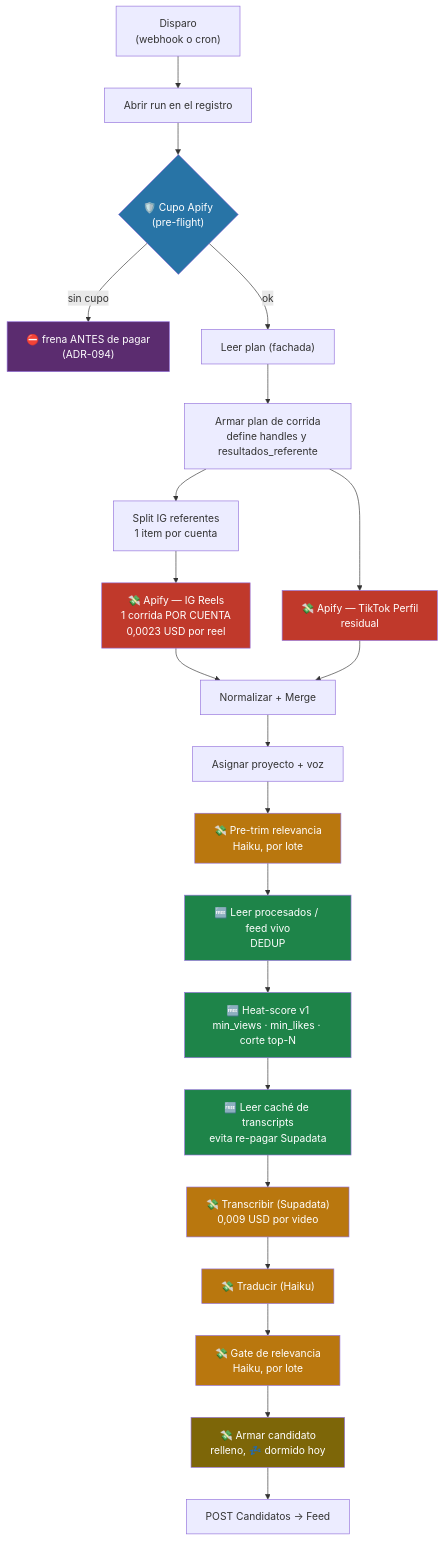
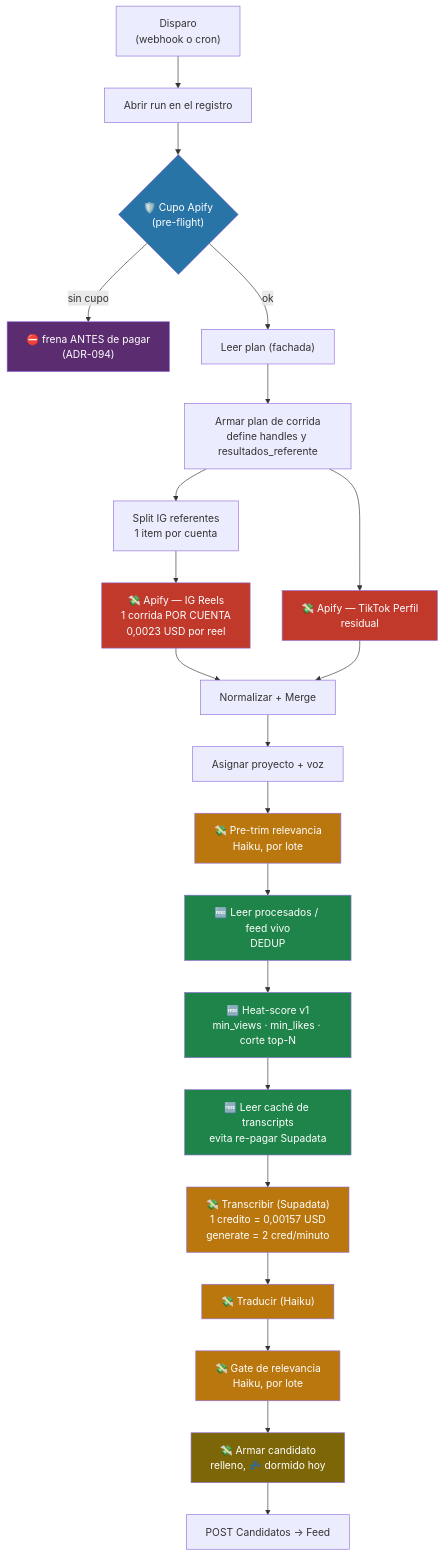
Before and after one commit to Retia-Agencia/pipeline-creacion-contenido: the diagram in docs/costos.md, drawn with Mermaid. The commit also changed other lines of this file, not shown here.

````diff
--- a/docs/costos.md
+++ b/docs/costos.md
@@ -75,38 +110,38 @@
 ```mermaid
 flowchart TD
     A["Disparo<br/>(webhook o cron)"] --> B["Abrir run en el registro"]
     B --> C{"🛡️ Cupo Apify<br/>(pre-flight)"}
     C -->|"sin cupo"| STOP["⛔ frena ANTES de pagar<br/>(ADR-094)"]
     C -->|"ok"| D["Leer plan (fachada)"]
     D --> E["Armar plan de corrida<br/>define handles y resultados_referente"]
 
     E --> F["Split IG referentes<br/>1 item por cuenta"]
     F --> G["💸 Apify — IG Reels<br/>1 corrida POR CUENTA<br/>0,0023 USD por reel"]
     E --> H["💸 Apify — TikTok Perfil<br/>residual"]
 
     G --> I["Normalizar + Merge"]
     H --> I
     I --> J["Asignar proyecto + voz"]
     J --> K["💸 Pre-trim relevancia<br/>Haiku, por lote"]
     K --> L["🆓 Leer procesados / feed vivo<br/>DEDUP"]
     L --> M["🆓 Heat-score v1<br/>min_views · min_likes · corte top-N"]
     M --> N["🆓 Leer caché de transcripts<br/>evita re-pagar Supadata"]
-    N --> O["💸 Transcribir (Supadata)<br/>0,009 USD por video"]
+    N --> O["💸 Transcribir (Supadata)<br/>1 credito = 0,00157 USD<br/>generate = 2 cred/minuto"]
     O --> P["💸 Traducir (Haiku)"]
     P --> Q["💸 Gate de relevancia<br/>Haiku, por lote"]
     Q --> R["💸 Armar candidato<br/>relleno, 💤 dormido hoy"]
     R --> S["POST Candidatos → Feed"]
 
     style G fill:#c0392b,color:#fff
     style H fill:#c0392b,color:#fff
     style K fill:#b9770e,color:#fff
     style O fill:#b9770e,color:#fff
     style P fill:#b9770e,color:#fff
     style Q fill:#b9770e,color:#fff
     style R fill:#7d6608,color:#fff
     style L fill:#1e8449,color:#fff
     style M fill:#1e8449,color:#fff
     style N fill:#1e8449,color:#fff
     style C fill:#2874a6,color:#fff
     style STOP fill:#5b2c6f,color:#fff
 ```
````
